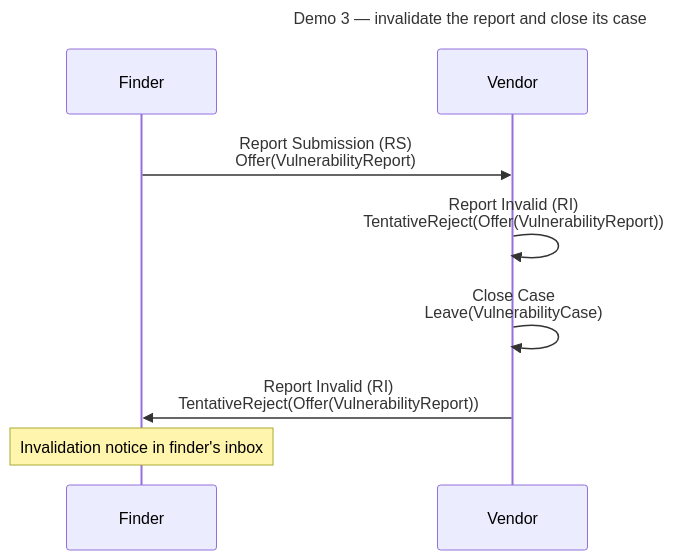
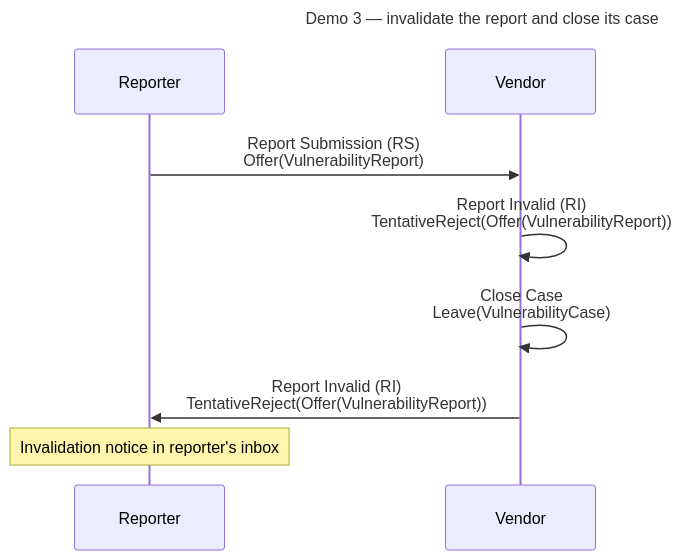
One commit to CERTCC/Vultron changed the third of 3 diagrams in docs/tutorials/receive_report_demo.md. Above: the diagram before and after it, drawn with Mermaid. The commit also changed other lines of this file and 12 other files, not shown here.

````diff
--- a/docs/tutorials/receive_report_demo.md
+++ b/docs/tutorials/receive_report_demo.md
@@ -171,14 +171,14 @@
 ```mermaid
 ---
 title: Demo 3 — invalidate the report and close its case
 ---
 sequenceDiagram
-    participant F as Finder
+    participant R as Reporter
     participant V as Vendor
 
-    F->>V: Report Submission (RS)<br/>Offer(VulnerabilityReport)
+    R->>V: Report Submission (RS)<br/>Offer(VulnerabilityReport)
     V->>V: Report Invalid (RI)<br/>TentativeReject(Offer(VulnerabilityReport))
     V->>V: Close Case<br/>Leave(VulnerabilityCase)
-    V->>F: Report Invalid (RI)<br/>TentativeReject(Offer(VulnerabilityReport))
-    Note over F: Invalidation notice in finder's inbox
+    V->>R: Report Invalid (RI)<br/>TentativeReject(Offer(VulnerabilityReport))
+    Note over R: Invalidation notice in reporter's inbox
 ```
````
